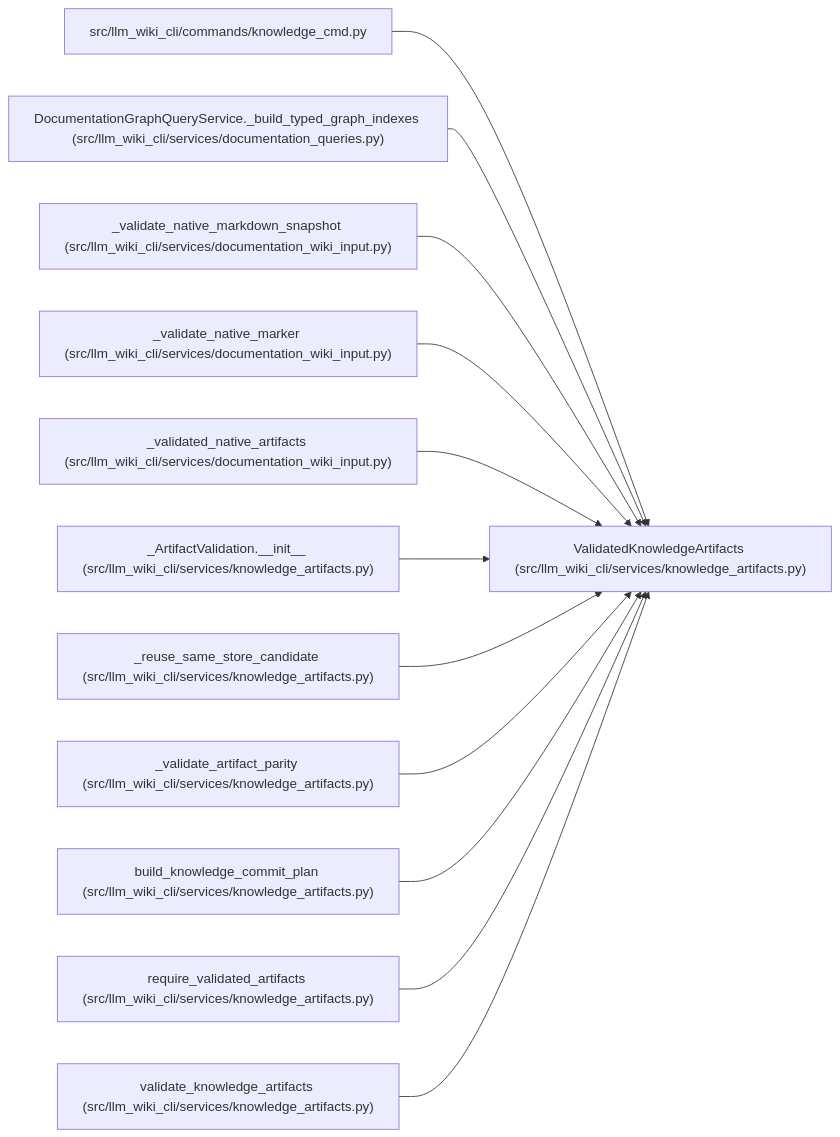
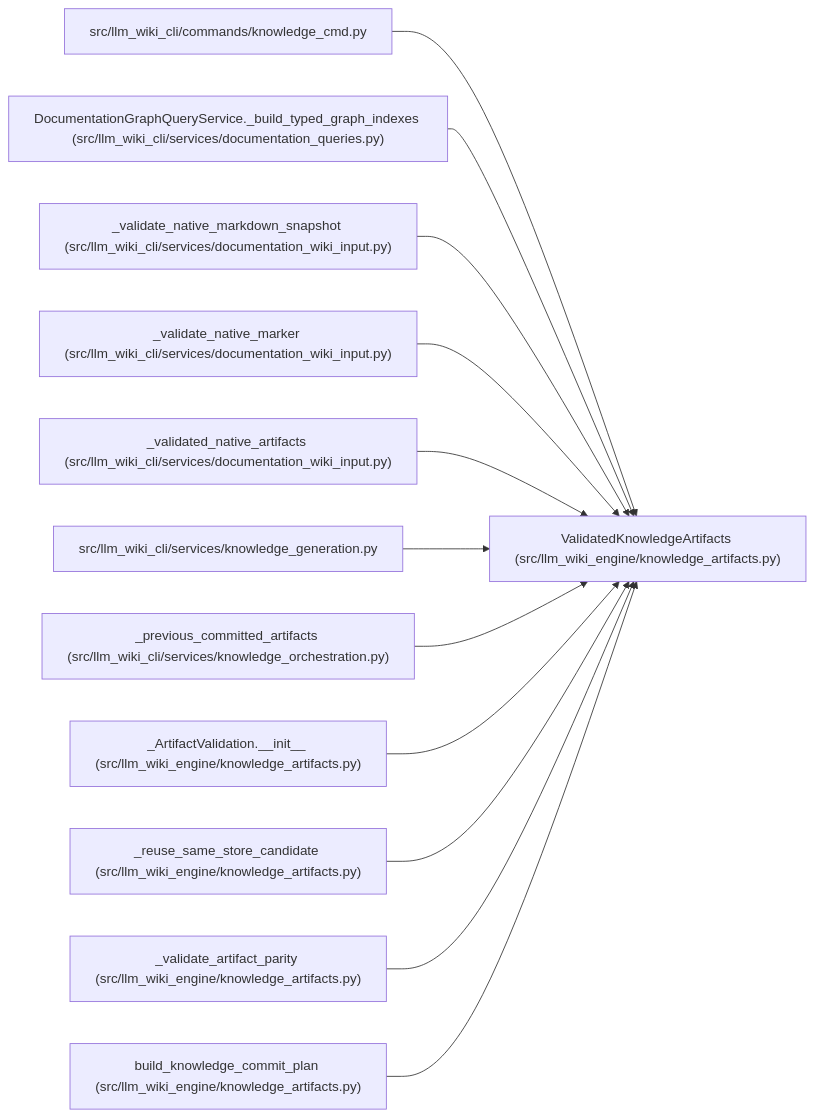
Before and after one commit to Denissvgn/python-wiki-llm: the diagram in docs/llm_wiki/entities/ValidatedKnowledgeArtifacts.md, drawn with Mermaid. The commit also changed other lines of this file and 1058 other files, not shown here.

First line of the commit message:
docs: refresh the wiki for the knowledge store move

````diff
--- a/docs/llm_wiki/entities/ValidatedKnowledgeArtifacts.md
+++ b/docs/llm_wiki/entities/ValidatedKnowledgeArtifacts.md
@@ -37,38 +37,38 @@
 ```mermaid
 flowchart LR
-    n0["ValidatedKnowledgeArtifacts (src/llm_wiki_cli/services/knowledge_artifacts.py)"]
+    n0["ValidatedKnowledgeArtifacts (src/llm_wiki_engine/knowledge_artifacts.py)"]
     n1["src/llm_wiki_cli/commands/knowledge_cmd.py"]
     n2["DocumentationGraphQueryService._build_typed_graph_indexes (src/llm_wiki_cli/services/documentation_queries.py)"]
     n3["_validate_native_markdown_snapshot (src/llm_wiki_cli/services/documentation_wiki_input.py)"]
     n4["_validate_native_marker (src/llm_wiki_cli/services/documentation_wiki_input.py)"]
     n5["_validated_native_artifacts (src/llm_wiki_cli/services/documentation_wiki_input.py)"]
-    n6["_ArtifactValidation.__init__ (src/llm_wiki_cli/services/knowledge_artifacts.py)"]
-    n7["_reuse_same_store_candidate (src/llm_wiki_cli/services/knowledge_artifacts.py)"]
-    n8["_validate_artifact_parity (src/llm_wiki_cli/services/knowledge_artifacts.py)"]
-    n9["build_knowledge_commit_plan (src/llm_wiki_cli/services/knowledge_artifacts.py)"]
-    n10["require_validated_artifacts (src/llm_wiki_cli/services/knowledge_artifacts.py)"]
-    n11["validate_knowledge_artifacts (src/llm_wiki_cli/services/knowledge_artifacts.py)"]
+    n6["src/llm_wiki_cli/services/knowledge_generation.py"]
+    n7["_previous_committed_artifacts (src/llm_wiki_cli/services/knowledge_orchestration.py)"]
+    n8["_ArtifactValidation.__init__ (src/llm_wiki_engine/knowledge_artifacts.py)"]
+    n9["_reuse_same_store_candidate (src/llm_wiki_engine/knowledge_artifacts.py)"]
+    n10["_validate_artifact_parity (src/llm_wiki_engine/knowledge_artifacts.py)"]
+    n11["build_knowledge_commit_plan (src/llm_wiki_engine/knowledge_artifacts.py)"]
     n1 --> n0
     n2 --> n0
     n3 --> n0
     n4 --> n0
     n5 --> n0
     n6 --> n0
     n7 --> n0
     n8 --> n0
     n9 --> n0
     n10 --> n0
     n11 --> n0
     click n0 "../modules/knowledge_artifacts.md"
     click n1 "../modules/knowledge_cmd.md"
     click n2 "../modules/documentation_queries.md"
     click n3 "../modules/documentation_wiki_input.md"
     click n4 "../modules/documentation_wiki_input.md"
     click n5 "../modules/documentation_wiki_input.md"
-    click n6 "../modules/knowledge_artifacts.md"
-    click n7 "../modules/knowledge_artifacts.md"
+    click n6 "../modules/knowledge_generation.md"
+    click n7 "../modules/knowledge_orchestration.md"
     click n8 "../modules/knowledge_artifacts.md"
     click n9 "../modules/knowledge_artifacts.md"
     click n10 "../modules/knowledge_artifacts.md"
     click n11 "../modules/knowledge_artifacts.md"
 ```
````
